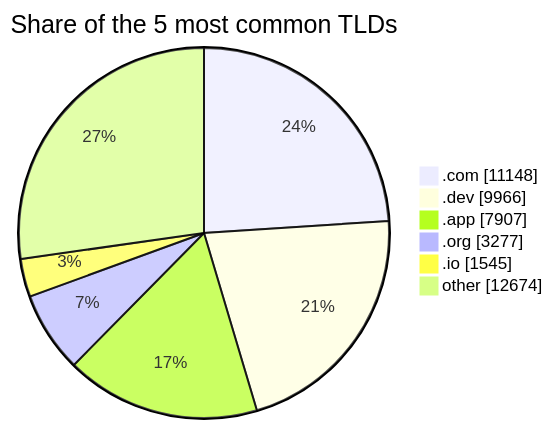
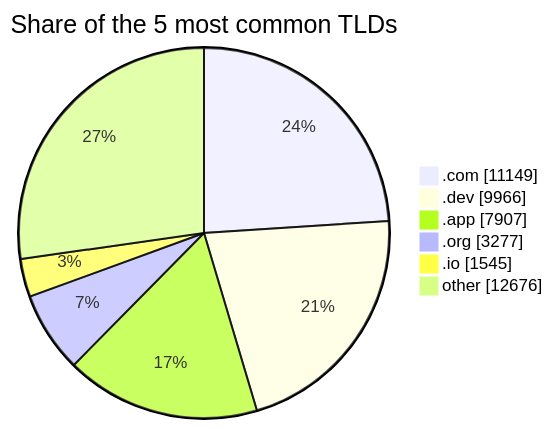
One commit to DNSBunker/CTI changed the third of 3 diagrams in README.md. Above: the diagram before and after it, drawn with Mermaid. The commit also changed other lines of this file and 3 other files, not shown here.

````diff
--- a/README.md
+++ b/README.md
@@ -81,9 +81,9 @@
 ```mermaid
 pie showData title Share of the 5 most common TLDs
-    ".com" : 11148
+    ".com" : 11149
     ".dev" : 9966
     ".app" : 7907
     ".org" : 3277
     ".io" : 1545
-    "other" : 12674
+    "other" : 12676
 ```
````
